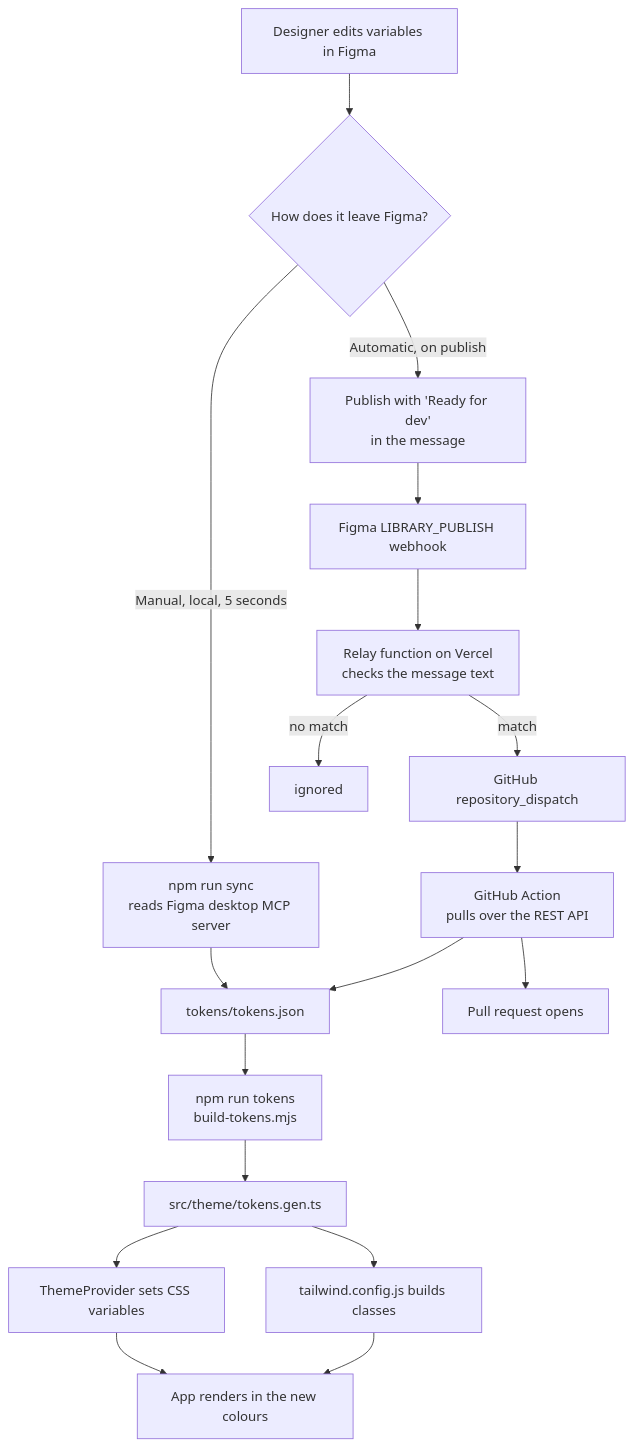
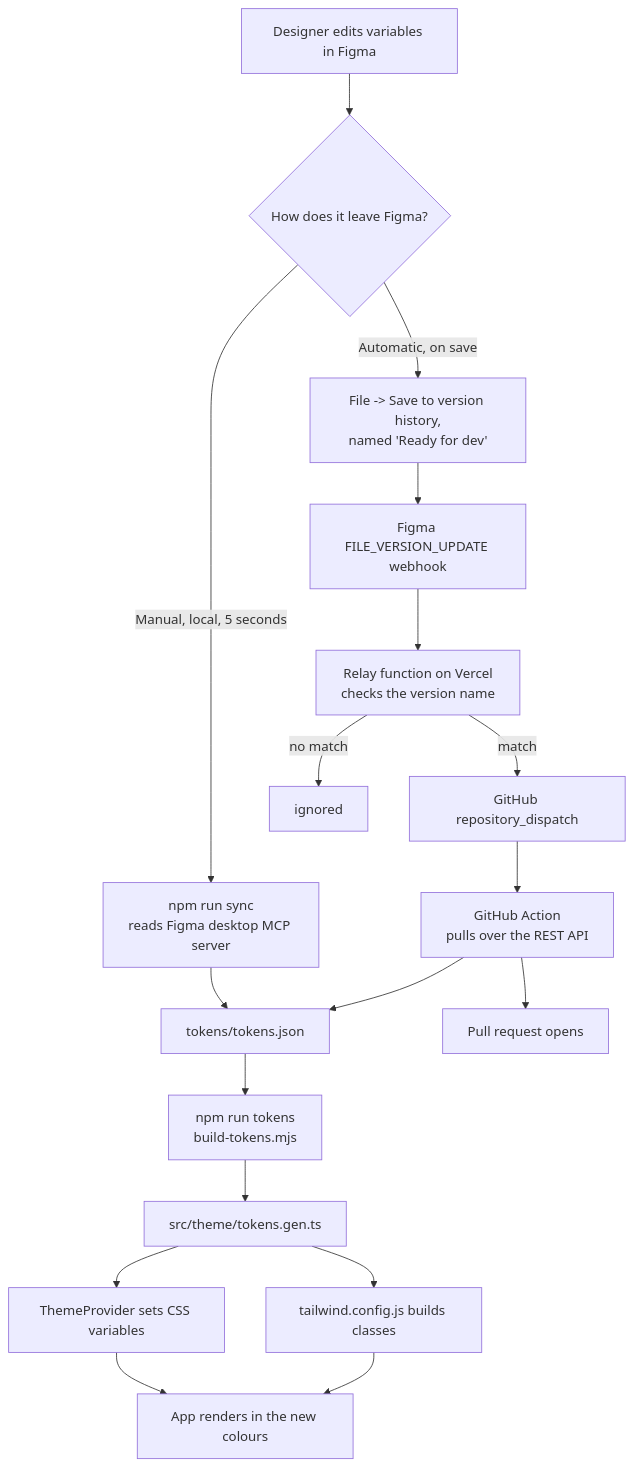
Before and after one commit to serhii-kucherenko/expo-figma-tokens: the first of 3 diagrams in README.md, drawn with Mermaid. The commit also changed 6 other files, not shown here.

First line of the commit message:
Trigger on a named Figma version, not a library publish

````diff
--- a/README.md
+++ b/README.md
@@ -15,22 +15,22 @@
 ```mermaid
 flowchart TD
   A["Designer edits variables in Figma"] --> B{"How does it leave Figma?"}
   B -->|"Manual, local, 5 seconds"| C["npm run sync<br/>reads Figma desktop MCP server"]
-  B -->|"Automatic, on publish"| D["Publish with 'Ready for dev'<br/>in the message"]
+  B -->|"Automatic, on save"| D["File -> Save to version history,<br/>named 'Ready for dev'"]
 
-  D --> E["Figma LIBRARY_PUBLISH webhook"]
-  E --> F["Relay function on Vercel<br/>checks the message text"]
+  D --> E["Figma FILE_VERSION_UPDATE webhook"]
+  E --> F["Relay function on Vercel<br/>checks the version name"]
   F -->|"no match"| G["ignored"]
   F -->|"match"| H["GitHub repository_dispatch"]
   H --> I["GitHub Action<br/>pulls over the REST API"]
 
   C --> J["tokens/tokens.json"]
   I --> J
   J --> K["npm run tokens<br/>build-tokens.mjs"]
   K --> L["src/theme/tokens.gen.ts"]
   L --> M["ThemeProvider sets CSS variables"]
   L --> N["tailwind.config.js builds classes"]
   M --> O["App renders in the new colours"]
   N --> O
   I --> P["Pull request opens"]
 ```
````
